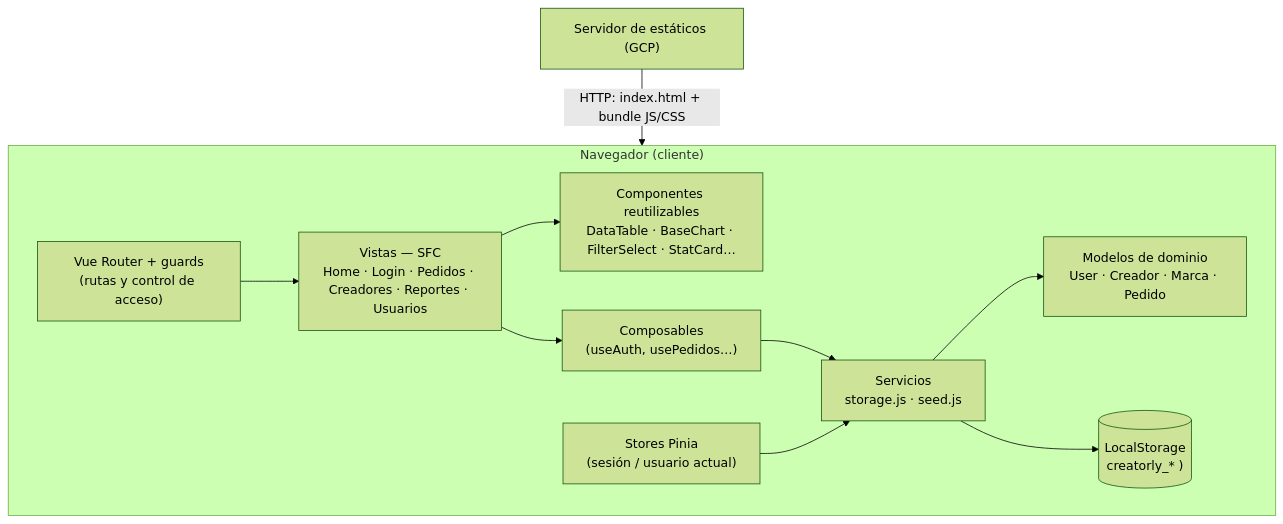
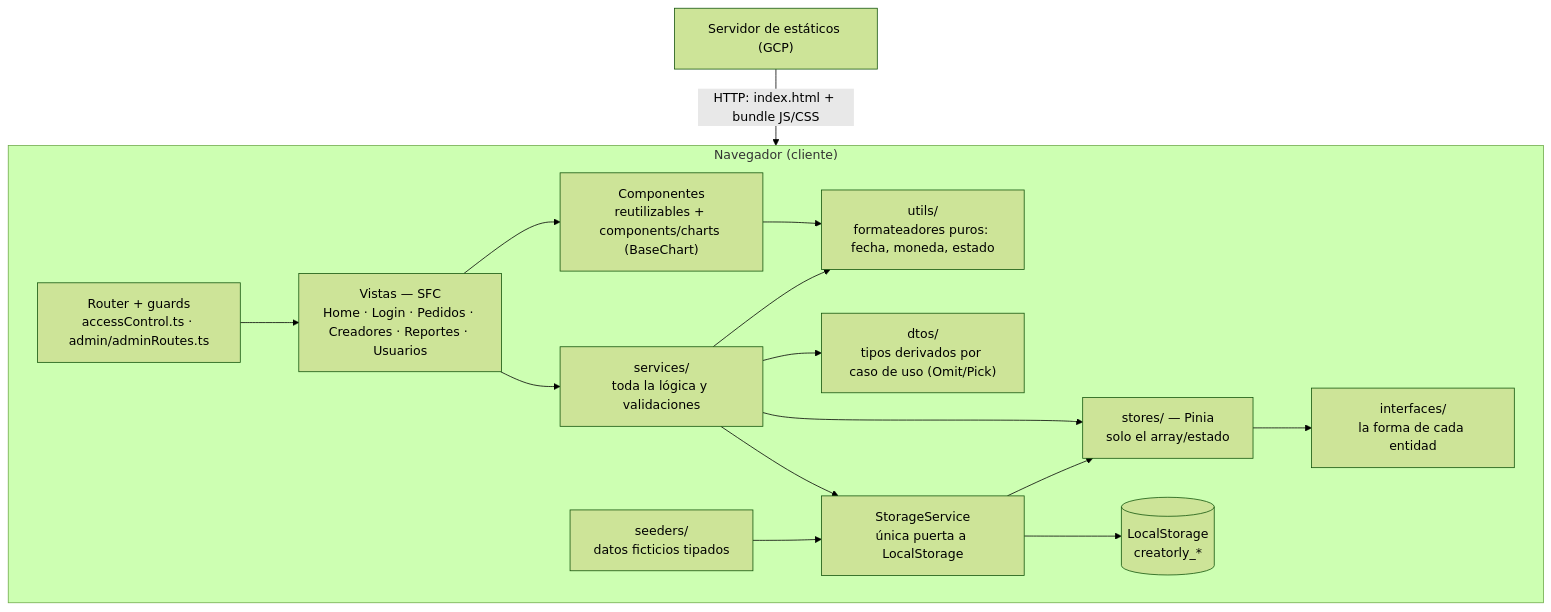
One commit to kepabonsaeafit/creatorly changed the diagram in docs/wiki/entregable.md. Above: the diagram before and after it, drawn with Mermaid (forest theme). The commit also changed other lines of this file and 3 other files, not shown here.

````diff
--- a/docs/wiki/entregable.md
+++ b/docs/wiki/entregable.md
@@ -57,22 +57,31 @@
 ```mermaid
 flowchart TD
     subgraph Navegador["Navegador (cliente)"]
-        Rtr["Vue Router + guards<br/>(rutas y control de acceso)"]
+        Rtr["Router + guards<br/>accessControl.ts · admin/adminRoutes.ts"]
         V["Vistas — SFC<br/>Home · Login · Pedidos · Creadores · Reportes · Usuarios"]
-        Cmp["Componentes reutilizables<br/>DataTable · BaseChart · FilterSelect · StatCard…"]
-        Comp["Composables<br/>(useAuth, usePedidos…)"]
-        Pin["Stores Pinia<br/>(sesión / usuario actual)"]
-        Svc["Servicios<br/>storage.js · seed.js"]
-        Mdl["Modelos de dominio<br/>User · Creador · Marca · Pedido"]
-        LS[("LocalStorage<br/>creatorly_* )")]
+        Cmp["Componentes<br/>reutilizables + components/charts (BaseChart)"]
+        Utl["utils/<br/>formateadores puros: fecha, moneda, estado"]
+        Svc["services/<br/>toda la lógica y validaciones"]
+        Dto["dtos/<br/>tipos derivados por caso de uso (Omit/Pick)"]
+        Int["interfaces/<br/>la forma de cada entidad"]
+        Str["stores/ — Pinia<br/>solo el array/estado"]
+        Seed["seeders/<br/>datos ficticios tipados"]
+        SS["StorageService<br/>única puerta a LocalStorage"]
+        LS[("LocalStorage<br/>creatorly_*")]
+
         Rtr --> V
         V --> Cmp
-        V --> Comp
-        Comp --> Svc
-        Pin --> Svc
-        Svc --> Mdl
-        Svc --> LS
+        V --> Svc
+        Cmp --> Utl
+        Svc --> Utl
+        Svc --> Dto
+        Svc --> Str
+        Str --> Int
+        Seed --> SS
+        Svc --> SS
+        SS --> Str
+        SS --> LS
     end
     GCP["Servidor de estáticos (GCP)"]
     GCP -->|"HTTP: index.html + bundle JS/CSS"| Navegador
 ```
````
